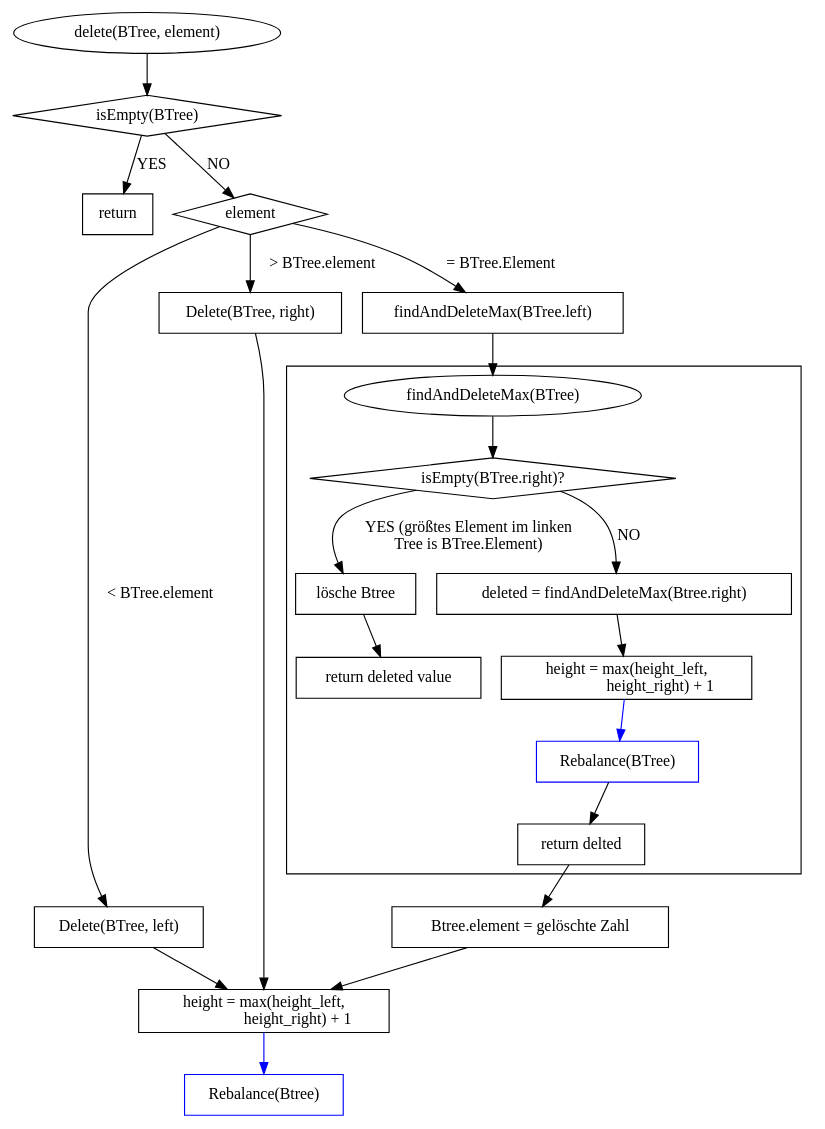
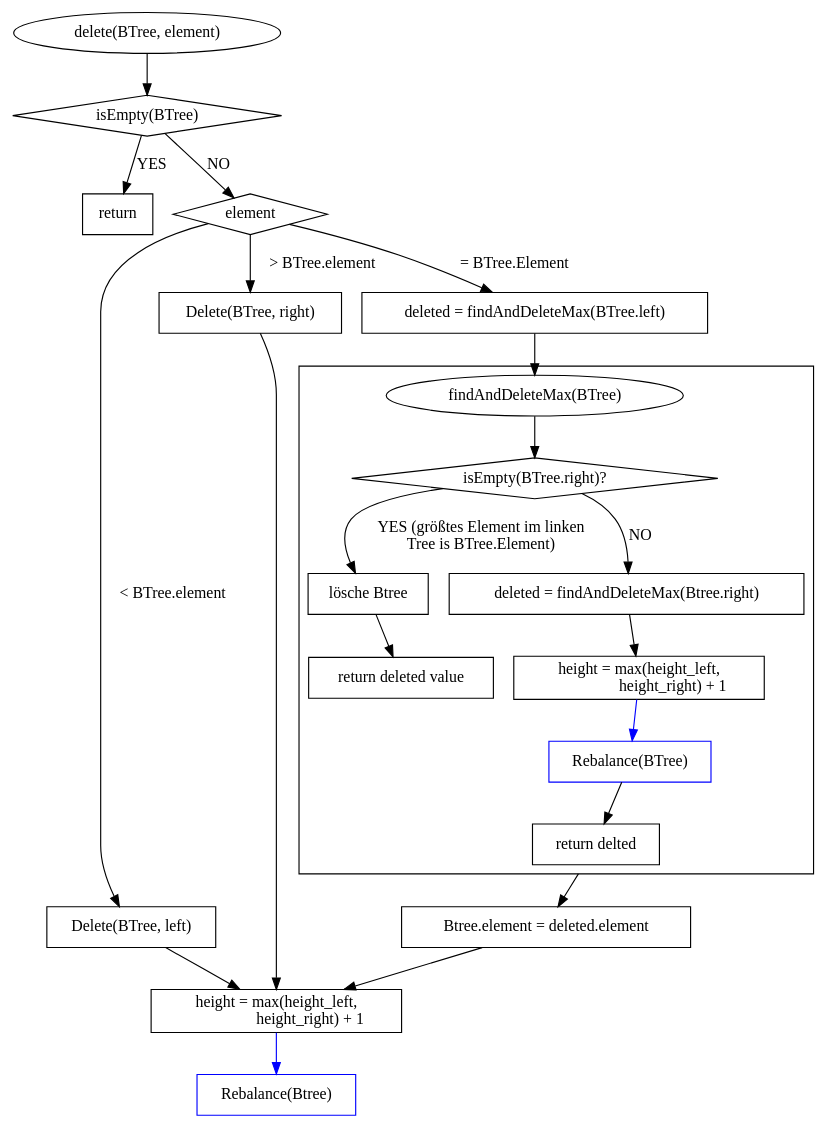
Before and after one commit to hugoppp-uni/Hausarbeit-Algorithmen-und-Datenstrukturen: the diagram in doc/graphviz/delete.gv, drawn with Graphviz. The commit also changed 7 other files, not shown here.

Commit message:
Add graphviz script

```diff
--- a/doc/graphviz/delete.gv
+++ b/doc/graphviz/delete.gv
@@ -1,62 +1,62 @@
 digraph Q {
 
     subgraph cluster1 {
 
         connectornode [ shape = point label = "" color = invis]
         node [shape = cirlce];
         compound = true;
 
         //insert
             cluster1_start [label = "findAndDeleteMax(BTree)" shape = ellipse];
         cluster1_start -> s_a2
         s_a2 [label = "isEmpty(BTree.right)?" shape = diamond];
         s_a2 -> s_a4 [label = "YES (größtes Element im linken\nTree is BTree.Element)"];
 
         s_a4 [label = "lösche Btree"];
         s_a4 -> s_a41
         s_a41 [label = "return deleted value"];
         s_a2 -> s_a5 [label = "NO"];
         s_a5 [label = "deleted = findAndDeleteMax(Btree.right)"];
         s_a5 -> s_a6;
         s_a6 [label = "height = max(height_left,
                   height_right) + 1"];
         s_a6 -> rebalance [color = blue]
         rebalance [label = "Rebalance(BTree)" color = blue]
         rebalance -> cluster1_end;
         cluster1_end [label = "return delted"];
     }
 
     node [shape = box];
     compound = true;
 
     a1 [label = "delete(BTree, element)" shape = ellipse];
     a1 -> a2;
     a2 [label = "isEmpty(BTree)" shape = diamond];
     a2 -> b2 [label = "YES"];
     b2 [label = "return"];
     a2 -> a3 [label = "NO"];
     a3 [label = "element" shape = diamond];
     a3 -> smaller [label = " < BTree.element"];
     a3 -> larger [label = " > BTree.element"];
 //    a4 [label = "element > BTree.element" shape = diamond];
 //    a4 -> larger [label = "YES"];
     a3 -> hilfs [label = "= BTree.Element"];
-    hilfs [label = "findAndDeleteMax(BTree.left)"];
+    hilfs [label = "deleted = findAndDeleteMax(BTree.left)"];
 //    hilfs -> a10;
 //    hilfs -> connectornode [lhead = cluster1]
     hilfs -> cluster1_start
-    cluster1_end -> a10
-    a10 [label = "Btree.element = gelöschte Zahl"];
+    cluster1_end -> a10 [ltail = cluster1]
+    a10 [label = "Btree.element = deleted.element"];
     a10 -> hohe;
     hohe [label = "height = max(height_left,
                   height_right) + 1"];
 
     smaller [label = "Delete(BTree, left)"] smaller -> hohe;
     larger [label = "Delete(BTree, right)"] larger -> hohe;
 
     checkBalance [label = "Rebalance(Btree)" color = blue];
 
     hohe -> checkBalance [color = blue];
 
 
 }
```
